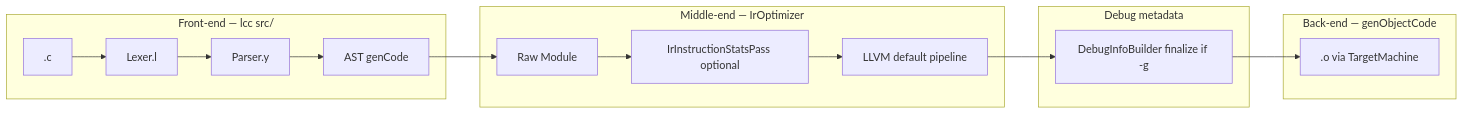
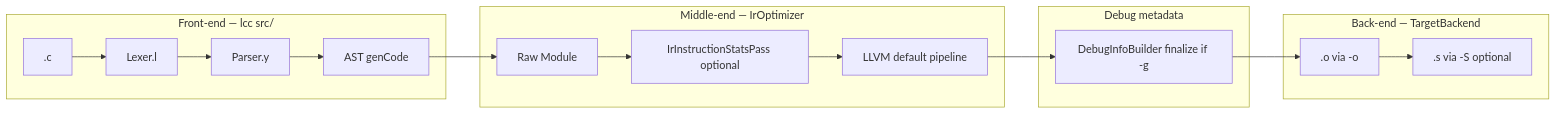
One commit to yanghuafang/lcc changed the diagram in docs/LearningPlan.md. Above: the diagram before and after it, drawn with Mermaid. The commit also changed other lines of this file and 92 other files, not shown here.

First line of the commit message:
refactor(backend): extract TargetBackend, emit -S

````diff
--- a/docs/LearningPlan.md
+++ b/docs/LearningPlan.md
@@ -22,24 +22,26 @@
 ```mermaid
 flowchart LR
   subgraph fe [Front-end — lcc src/]
     C[".c"] --> Lex["Lexer.l"]
     Lex --> Parse["Parser.y"]
     Parse --> AST["AST genCode"]
   end
 
   subgraph mid [Middle-end — IrOptimizer]
     Raw["Raw Module"]
     Stats["IrInstructionStatsPass optional"]
     Opt["LLVM default pipeline"]
   end
 
   subgraph meta [Debug metadata]
     Dbg["DebugInfoBuilder finalize if -g"]
   end
 
-  subgraph be [Back-end — genObjectCode]
-    Obj[".o via TargetMachine"]
+  subgraph be [Back-end — TargetBackend]
+    Obj[".o via -o"]
+    Asm[".s via -S optional"]
   end
 
   AST --> Raw --> Stats --> Opt --> Dbg --> Obj
+  Obj --> Asm
 ```
````
